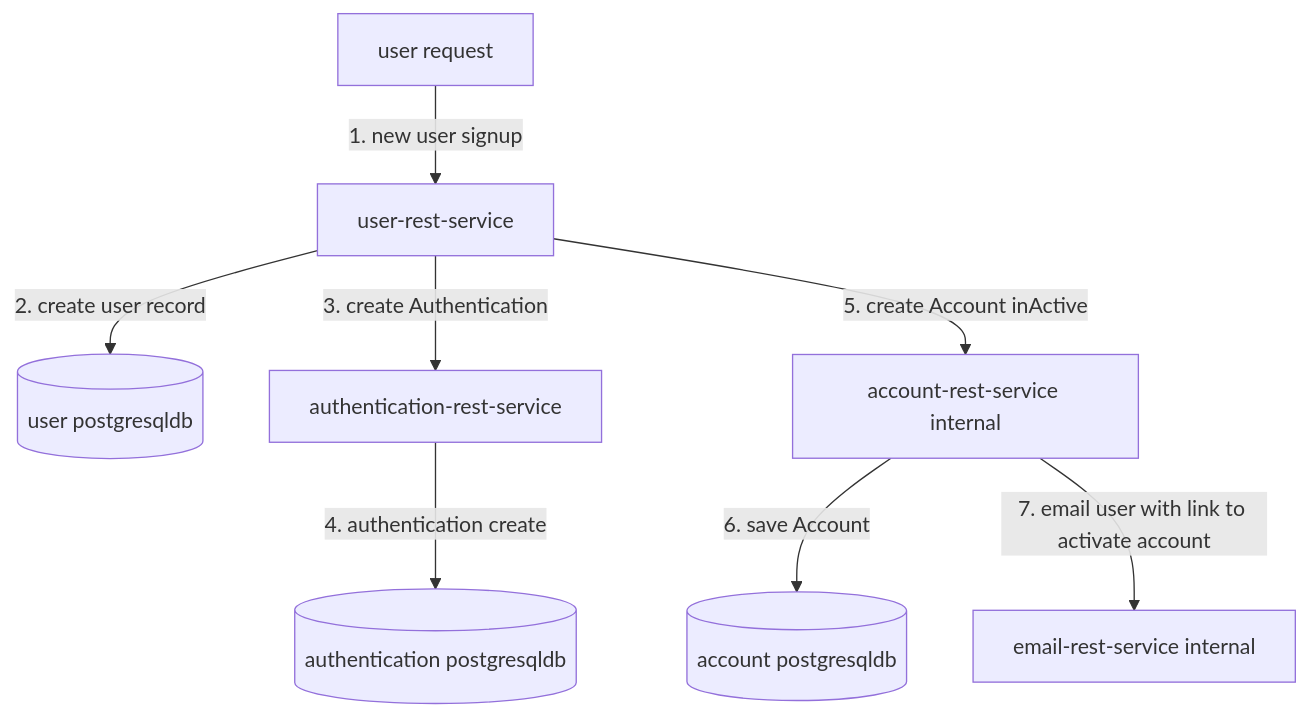
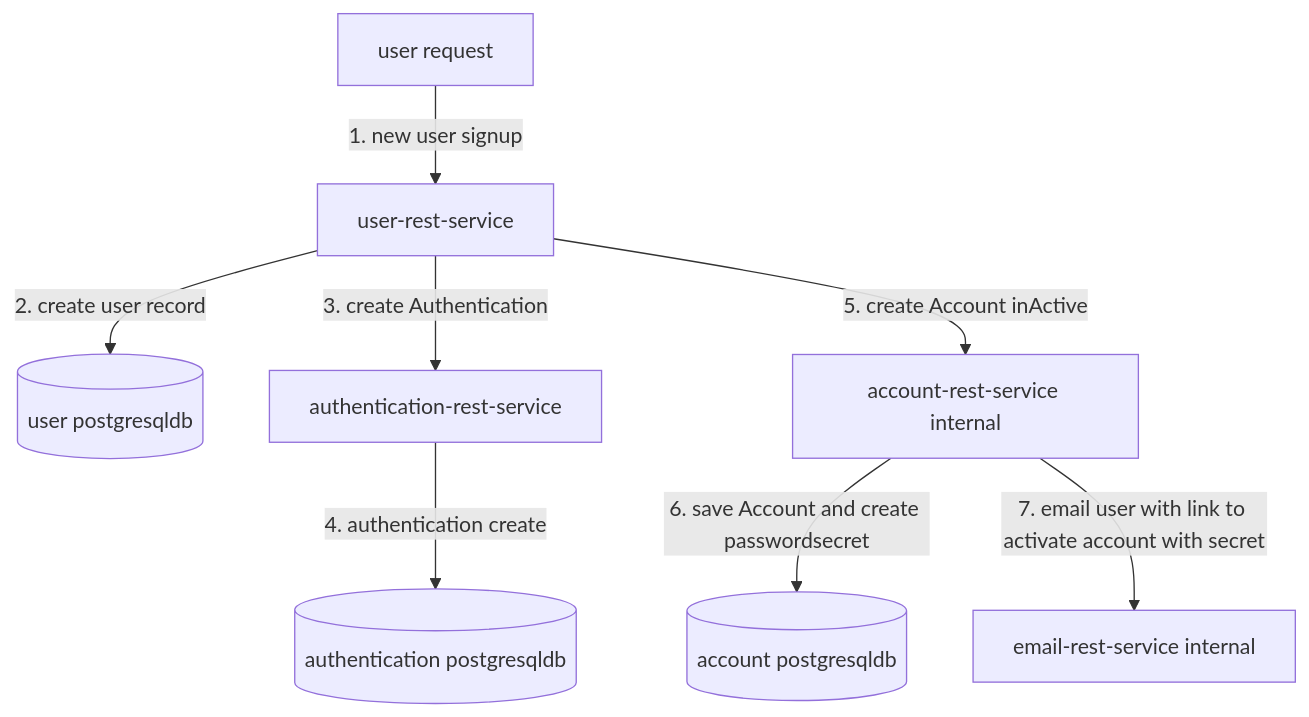
The second of 5 diagrams in README.md (sonamsamdupkhangsar/sonamsamdupkhangsar.github.io), drawn with Mermaid before and after one commit. The commit also changed other lines of this file, not shown here.

Commit message:
add db for account activation

````diff
--- a/README.md
+++ b/README.md
@@ -38,10 +38,10 @@
 ```mermaid
 flowchart TD
     UserRequest[user request] --> |1. new user signup| UserRestService[user-rest-service]
     UserRestService -->|2. create user record| UserPgsqlDb[(user postgresqldb)]
     UserRestService -->|3. create Authentication | AuthenticationRestService[authentication-rest-service]
     AuthenticationRestService -->|4. authentication create| AuthenticationPgsqlDb[(authentication postgresqldb)]
     UserRestService -->|5. create Account inActive| AccountRestService[account-rest-service internal]
-    AccountRestService -->|6. save Account| AccountPgsqlDb[(account postgresqldb)]
-    AccountRestService --> |7. email user with link to activate account| EmailRestService[email-rest-service internal]    
+    AccountRestService -->|6. save Account and create passwordsecret| AccountPgsqlDb[(account postgresqldb)]
+    AccountRestService --> |7. email user with link to activate account with secret| EmailRestService[email-rest-service internal]    
 ```
````
